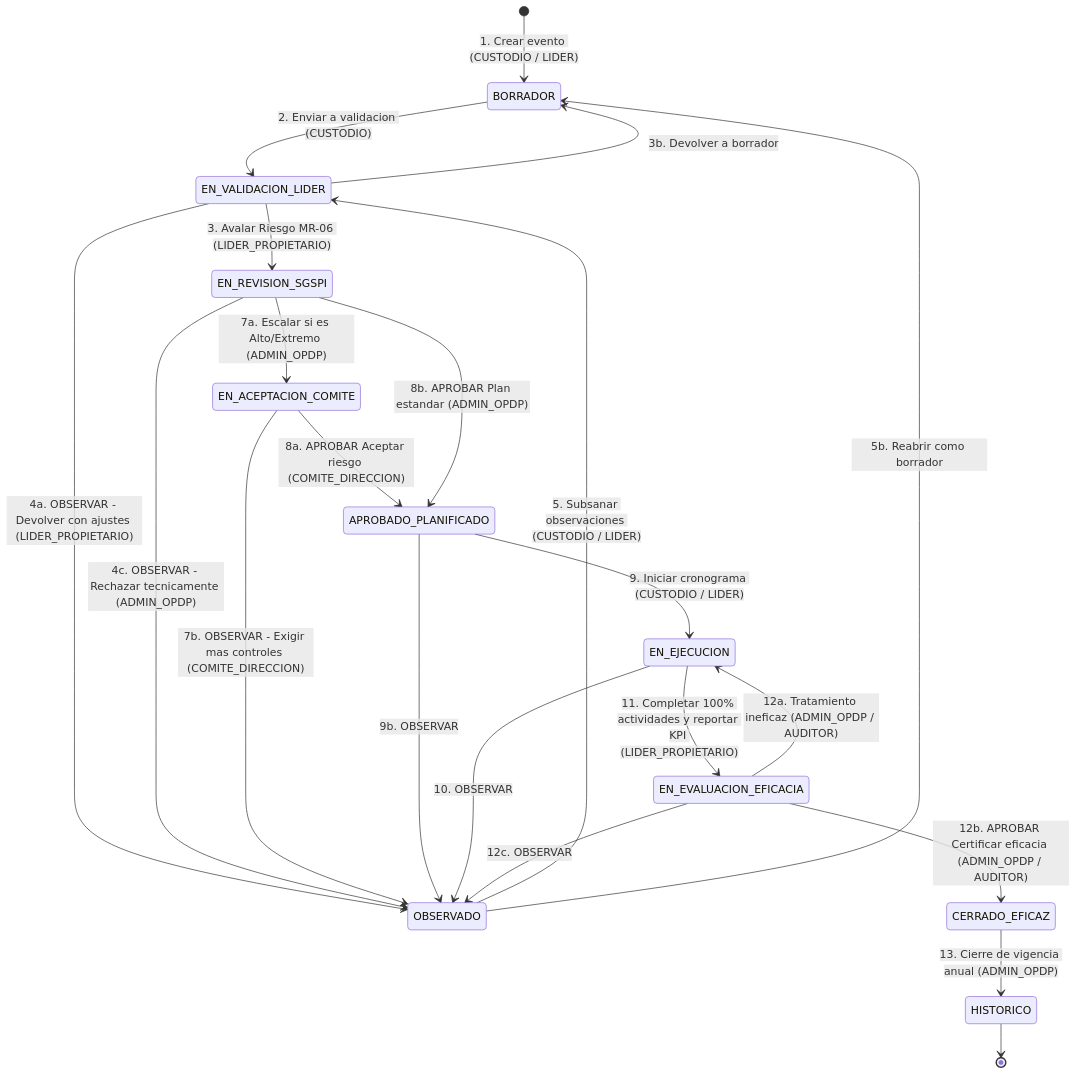
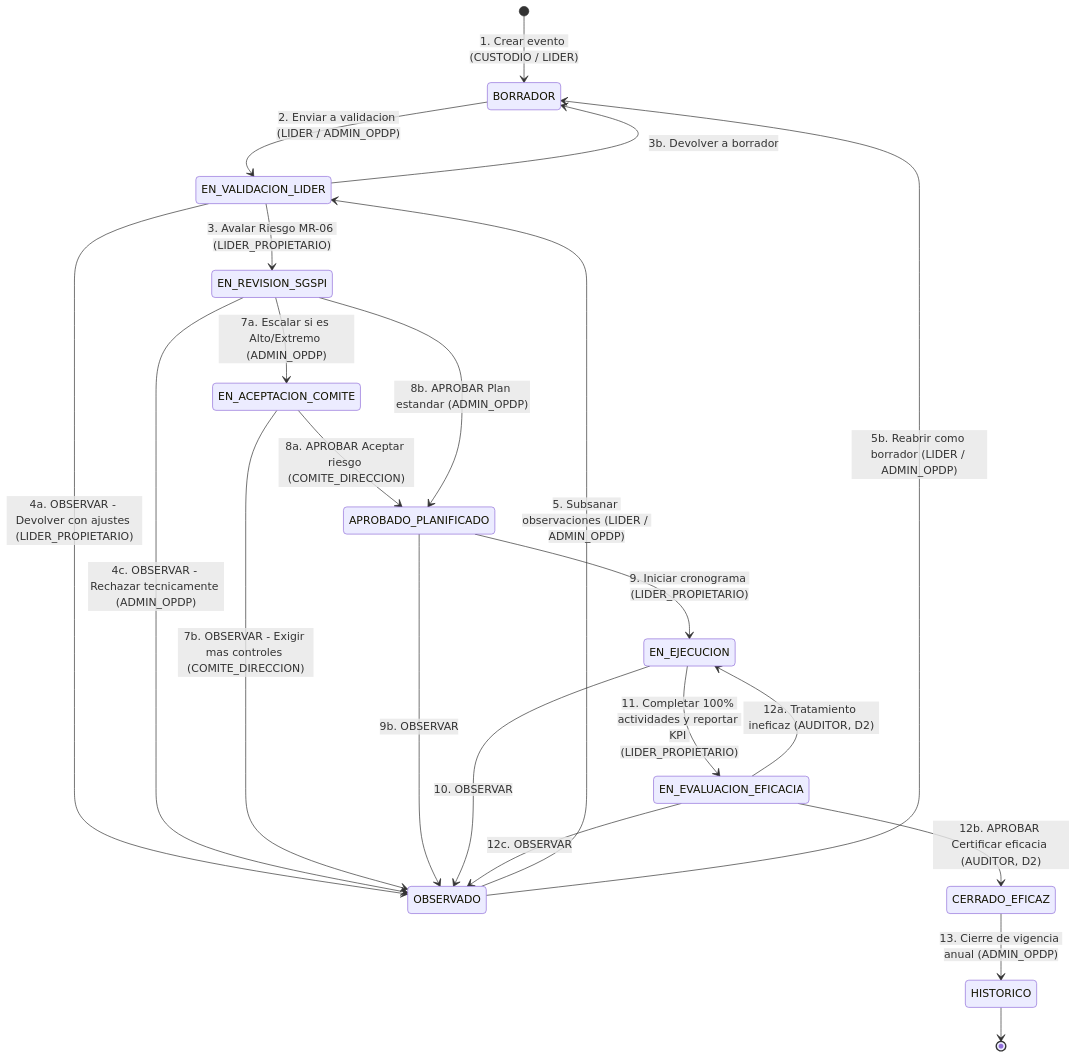
Before and after one commit to jujcgu/programacion-academica: the seventh of 8 diagrams in ESPECIFICACION_ARQUITECTURA_SGSPI.md, drawn with Mermaid. The commit also changed other lines of this file and 3 other files, not shown here.

````diff
--- a/ESPECIFICACION_ARQUITECTURA_SGSPI.md
+++ b/ESPECIFICACION_ARQUITECTURA_SGSPI.md
@@ -589,30 +589,30 @@
 ```mermaid
 stateDiagram-v2
     [*] --> BORRADOR : 1. Crear evento (CUSTODIO / LIDER)
 
-    BORRADOR --> EN_VALIDACION_LIDER : 2. Enviar a validacion (CUSTODIO)
+    BORRADOR --> EN_VALIDACION_LIDER : 2. Enviar a validacion (LIDER / ADMIN_OPDP)
     EN_VALIDACION_LIDER --> EN_REVISION_SGSPI : 3. Avalar Riesgo MR-06 (LIDER_PROPIETARIO)
     EN_VALIDACION_LIDER --> BORRADOR : 3b. Devolver a borrador
 
     EN_VALIDACION_LIDER --> OBSERVADO : 4a. OBSERVAR - Devolver con ajustes (LIDER_PROPIETARIO)
     EN_REVISION_SGSPI --> OBSERVADO : 4c. OBSERVAR - Rechazar tecnicamente (ADMIN_OPDP)
-    OBSERVADO --> EN_VALIDACION_LIDER : 5. Subsanar observaciones (CUSTODIO / LIDER)
-    OBSERVADO --> BORRADOR : 5b. Reabrir como borrador
+    OBSERVADO --> EN_VALIDACION_LIDER : 5. Subsanar observaciones (LIDER / ADMIN_OPDP)
+    OBSERVADO --> BORRADOR : 5b. Reabrir como borrador (LIDER / ADMIN_OPDP)
 
     EN_REVISION_SGSPI --> EN_ACEPTACION_COMITE : 7a. Escalar si es Alto/Extremo (ADMIN_OPDP)
     EN_ACEPTACION_COMITE --> OBSERVADO : 7b. OBSERVAR - Exigir mas controles (COMITE_DIRECCION)
     EN_ACEPTACION_COMITE --> APROBADO_PLANIFICADO : 8a. APROBAR Aceptar riesgo (COMITE_DIRECCION)
     EN_REVISION_SGSPI --> APROBADO_PLANIFICADO : 8b. APROBAR Plan estandar (ADMIN_OPDP)
 
-    APROBADO_PLANIFICADO --> EN_EJECUCION : 9. Iniciar cronograma (CUSTODIO / LIDER)
+    APROBADO_PLANIFICADO --> EN_EJECUCION : 9. Iniciar cronograma (LIDER_PROPIETARIO)
     APROBADO_PLANIFICADO --> OBSERVADO : 9b. OBSERVAR
     EN_EJECUCION --> OBSERVADO : 10. OBSERVAR
 
     EN_EJECUCION --> EN_EVALUACION_EFICACIA : 11. Completar 100% actividades y reportar KPI (LIDER_PROPIETARIO)
-    EN_EVALUACION_EFICACIA --> EN_EJECUCION : 12a. Tratamiento ineficaz (ADMIN_OPDP / AUDITOR)
-    EN_EVALUACION_EFICACIA --> CERRADO_EFICAZ : 12b. APROBAR Certificar eficacia (ADMIN_OPDP / AUDITOR)
+    EN_EVALUACION_EFICACIA --> EN_EJECUCION : 12a. Tratamiento ineficaz (AUDITOR, D2)
+    EN_EVALUACION_EFICACIA --> CERRADO_EFICAZ : 12b. APROBAR Certificar eficacia (AUDITOR, D2)
     EN_EVALUACION_EFICACIA --> OBSERVADO : 12c. OBSERVAR
 
     CERRADO_EFICAZ --> HISTORICO : 13. Cierre de vigencia anual (ADMIN_OPDP)
     HISTORICO --> [*]
 ```
````
